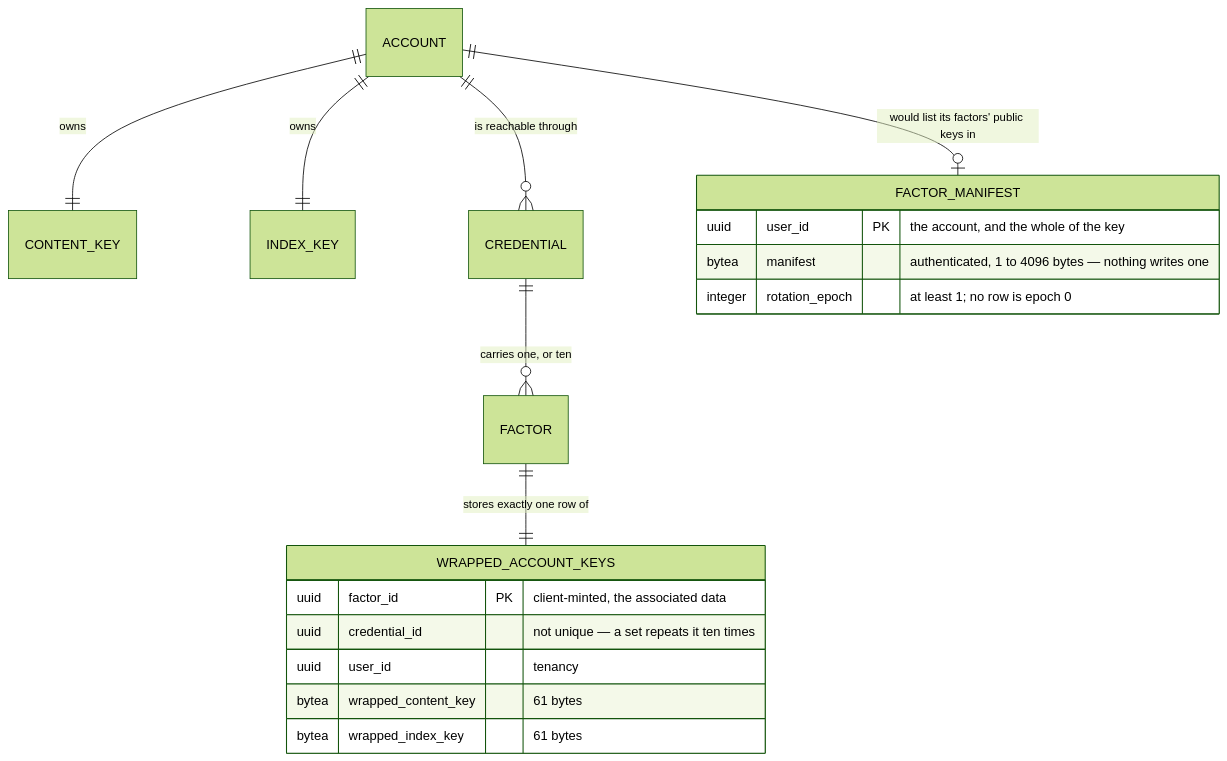
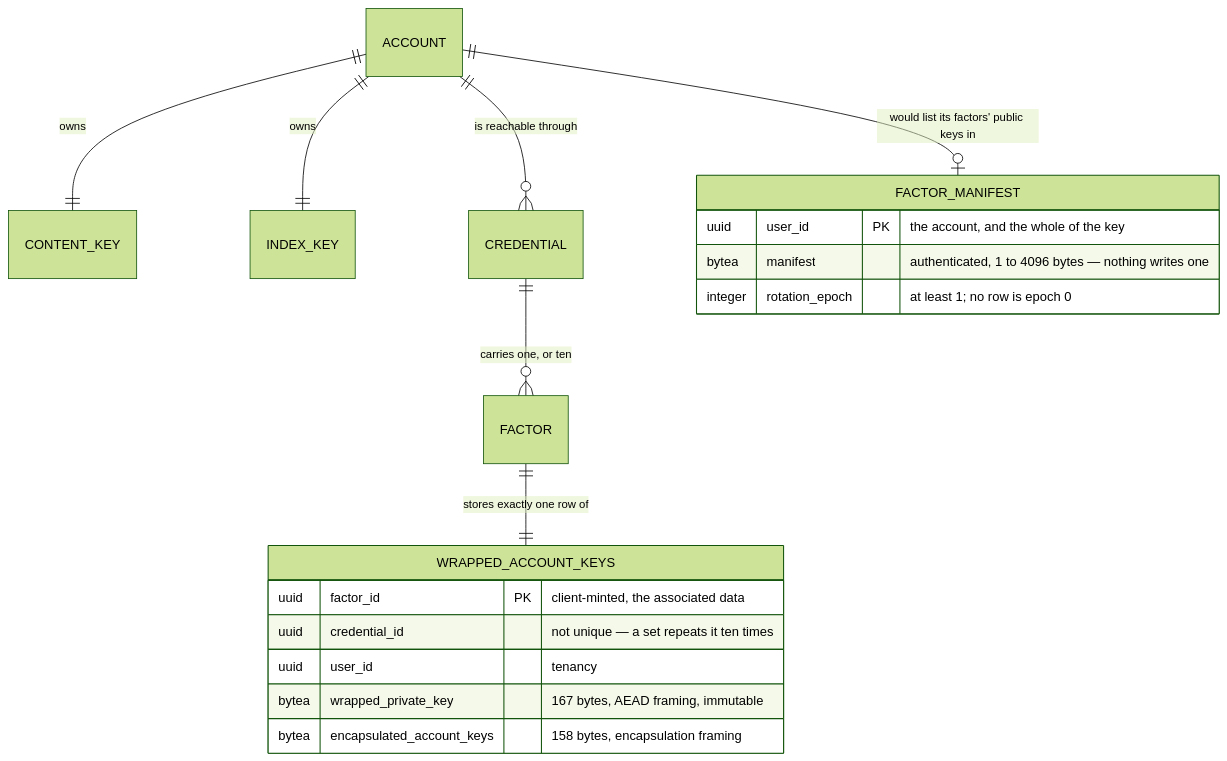
One commit to anton-kochev/budgetoid changed the diagram in docs/business-logic/account-keys.md. Above: the diagram before and after it, drawn with Mermaid (forest theme). The commit also changed other lines of this file and 113 other files, not shown here.

````diff
--- a/docs/business-logic/account-keys.md
+++ b/docs/business-logic/account-keys.md
@@ -153,21 +193,21 @@
 ```mermaid
 erDiagram
     ACCOUNT ||--|| CONTENT_KEY : owns
     ACCOUNT ||--|| INDEX_KEY : owns
     ACCOUNT ||--o{ CREDENTIAL : "is reachable through"
     ACCOUNT ||--o| FACTOR_MANIFEST : "would list its factors' public keys in"
     CREDENTIAL ||--o{ FACTOR : "carries one, or ten"
     FACTOR ||--|| WRAPPED_ACCOUNT_KEYS : "stores exactly one row of"
     WRAPPED_ACCOUNT_KEYS {
         uuid factor_id PK "client-minted, the associated data"
         uuid credential_id "not unique — a set repeats it ten times"
         uuid user_id "tenancy"
-        bytea wrapped_content_key "61 bytes"
-        bytea wrapped_index_key "61 bytes"
+        bytea wrapped_private_key "167 bytes, AEAD framing, immutable"
+        bytea encapsulated_account_keys "158 bytes, encapsulation framing"
     }
     FACTOR_MANIFEST {
         uuid user_id PK "the account, and the whole of the key"
         bytea manifest "authenticated, 1 to 4096 bytes — nothing writes one"
         integer rotation_epoch "at least 1; no row is epoch 0"
     }
 ```
````
